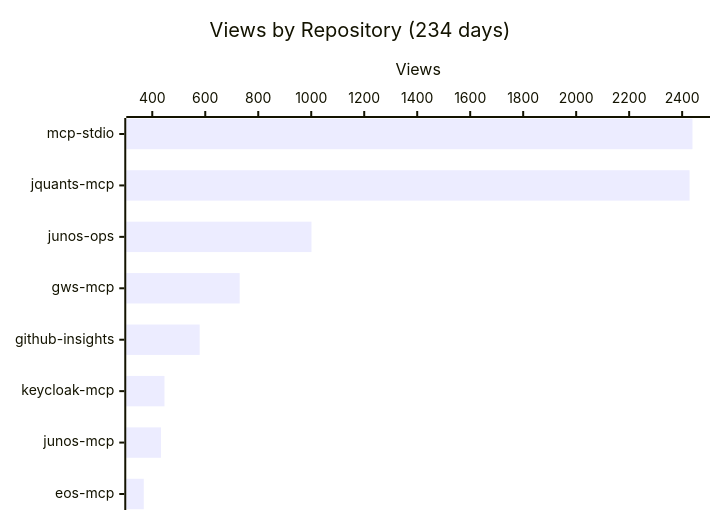
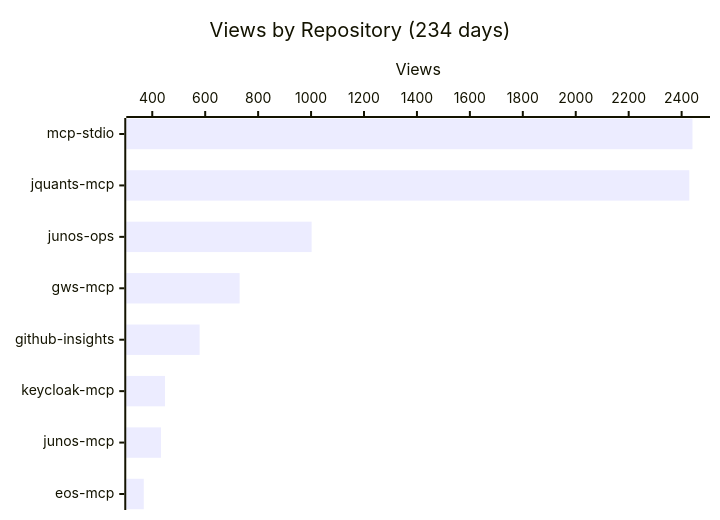
The first of 4 diagrams in README.md (shigechika/github-insights), drawn with Mermaid before and after one commit. The commit also changed other lines of this file and 1 other file, not shown here.

````diff
--- a/README.md
+++ b/README.md
@@ -18,7 +18,7 @@
 ```mermaid
 xychart-beta horizontal
     title "Views by Repository (234 days)"
     x-axis ["mcp-stdio", "jquants-mcp", "junos-ops", "gws-mcp", "github-insights", "keycloak-mcp", "junos-mcp", "eos-mcp"]
     y-axis "Views"
-    bar [2439, 2428, 1001, 730, 579, 446, 433, 368]
+    bar [2441, 2429, 1002, 730, 579, 448, 433, 368]
 ```
````
